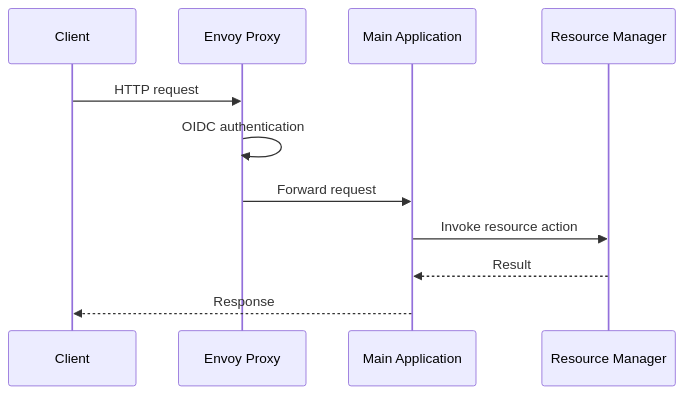
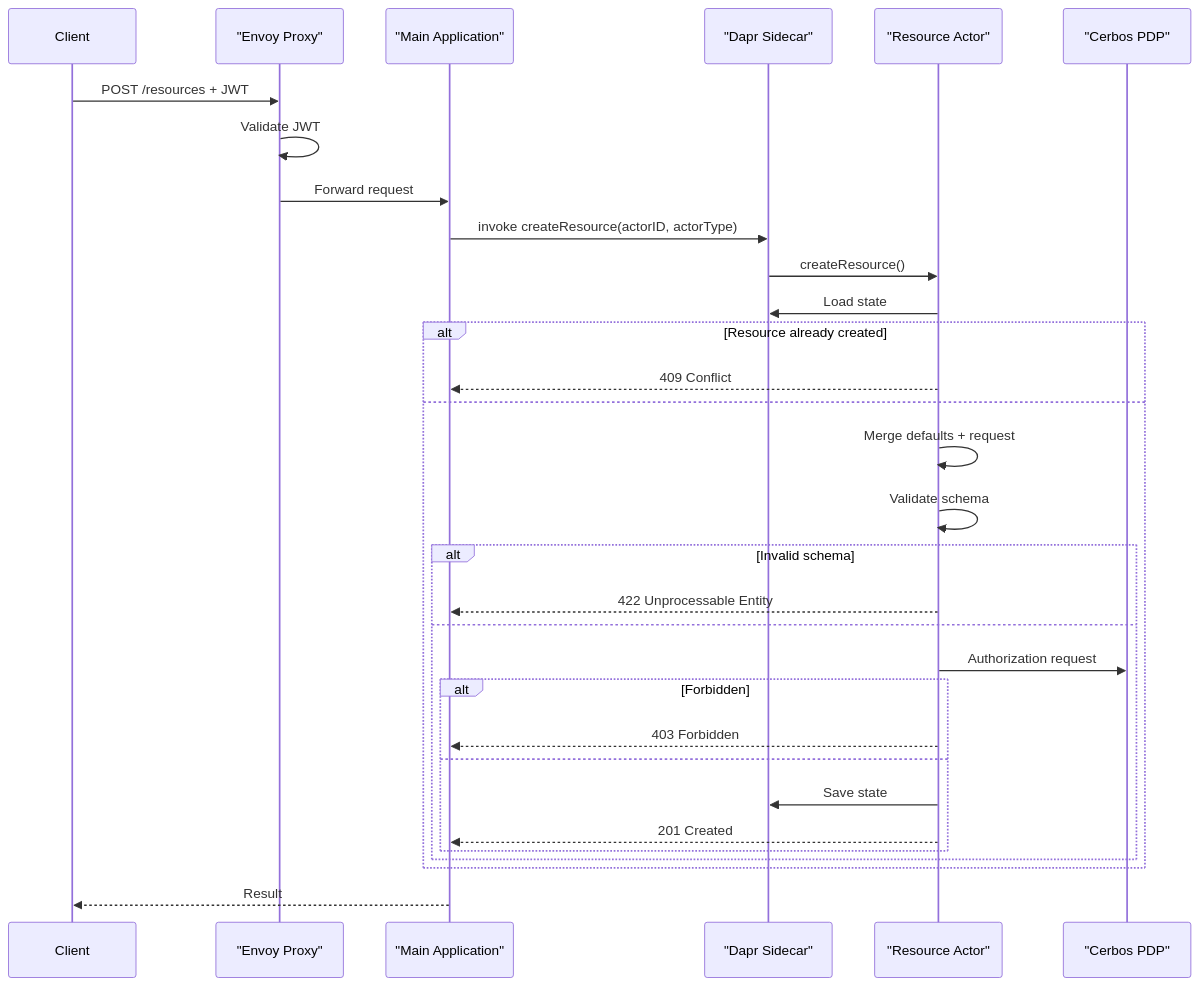
The diagram in docs/commander_sequence.mmd (Albe83/cn-crud-app), drawn with Mermaid before and after one commit. The commit also changed 3 other files, not shown here.

Commit message:
Fix sequence diagram participants

```diff
--- a/docs/commander_sequence.mmd
+++ b/docs/commander_sequence.mmd
@@ -1,12 +1,32 @@
 sequenceDiagram
     participant Client
-    participant Envoy as Envoy Proxy
-    participant App as Main Application
-    participant RM as Resource Manager
+    participant EnvoyProxy as "Envoy Proxy"
+    participant Commander as "Main Application"
+    participant DaprSidecar as "Dapr Sidecar"
+    participant ResourceActor as "Resource Actor"
+    participant Cerbos as "Cerbos PDP"
 
-    Client->>Envoy: HTTP request
-    Envoy->>Envoy: OIDC authentication
-    Envoy->>App: Forward request
-    App->>RM: Invoke resource action
-    RM-->>App: Result
-    App-->>Client: Response
+    Client->>EnvoyProxy: POST /resources + JWT
+    EnvoyProxy->>EnvoyProxy: Validate JWT
+    EnvoyProxy->>Commander: Forward request
+    Commander->>DaprSidecar: invoke createResource(actorID, actorType)
+    DaprSidecar->>ResourceActor: createResource()
+    ResourceActor->>DaprSidecar: Load state
+    alt Resource already created
+        ResourceActor-->>Commander: 409 Conflict
+    else
+        ResourceActor->>ResourceActor: Merge defaults + request
+        ResourceActor->>ResourceActor: Validate schema
+        alt Invalid schema
+            ResourceActor-->>Commander: 422 Unprocessable Entity
+        else
+            ResourceActor->>Cerbos: Authorization request
+            alt Forbidden
+                ResourceActor-->>Commander: 403 Forbidden
+            else
+                ResourceActor->>DaprSidecar: Save state
+                ResourceActor-->>Commander: 201 Created
+            end
+        end
+    end
+    Commander-->>Client: Result
```
